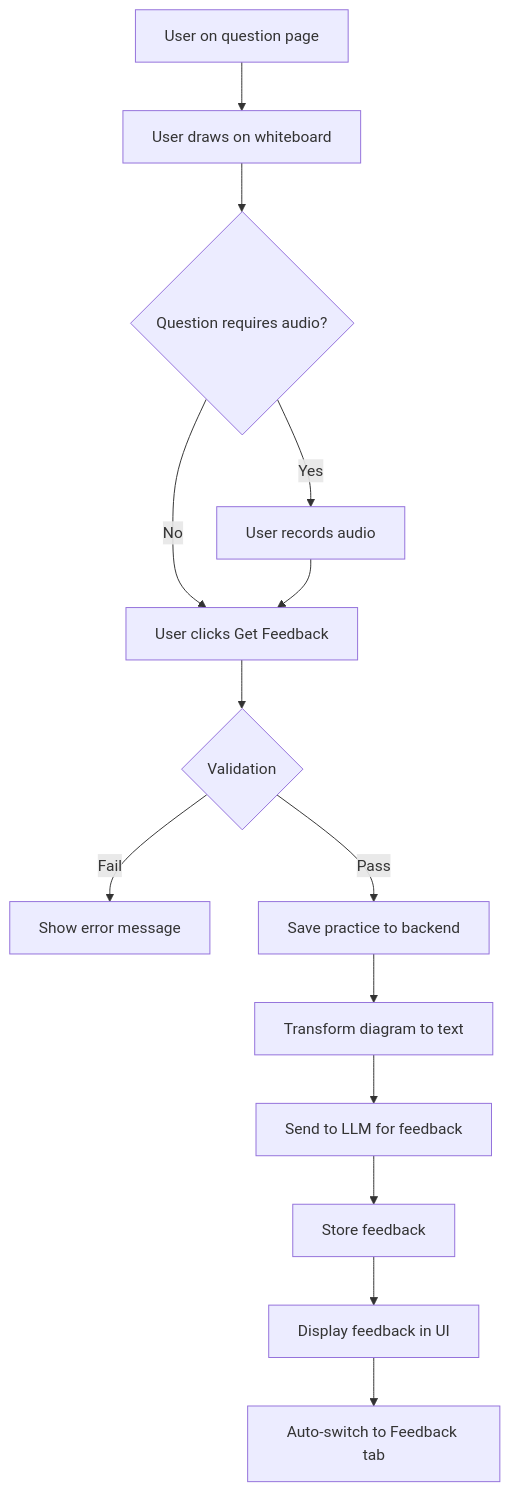
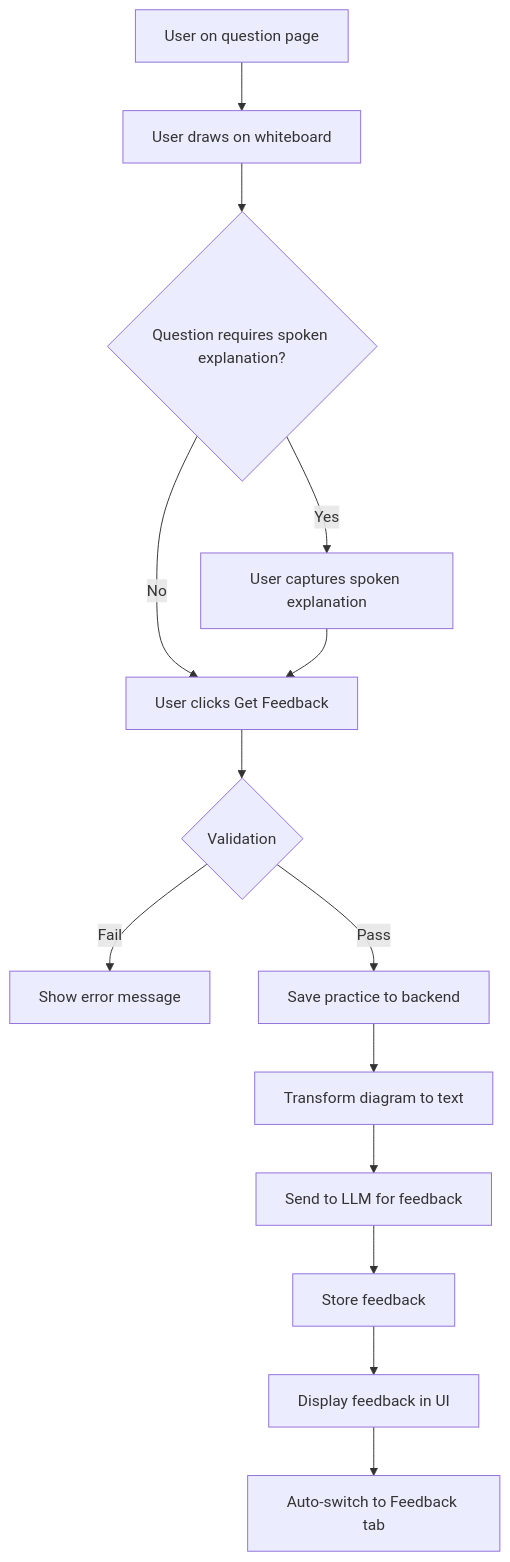
The diagram in 04-ai-feedback-system.md (yhhsieh82/hellointerview-prds), drawn with Mermaid before and after one commit. The commit also changed other lines of this file and 6 other files, not shown here.

Commit message:
Update PRD documentation to reflect changes in audio recording and AI feedback systems, transitioning from audio uploads to spoken explanation transcripts.

````diff
--- a/04-ai-feedback-system.md
+++ b/04-ai-feedback-system.md
@@ -164,16 +165,16 @@
 ```mermaid
 flowchart TD
     Start[User on question page] --> Draw[User draws on whiteboard]
-    Draw --> Check{Question requires audio?}
-    Check -->|Yes| Record[User records audio]
+    Draw --> Check{Question requires spoken explanation?}
+    Check -->|Yes| Capture[User captures spoken explanation]
     Check -->|No| Submit[User clicks Get Feedback]
-    Record --> Submit
+    Capture --> Submit
     Submit --> Validate{Validation}
     Validate -->|Fail| Error[Show error message]
     Validate -->|Pass| Save[Save practice to backend]
     Save --> Transform[Transform diagram to text]
     Transform --> LLM[Send to LLM for feedback]
     LLM --> Store[Store feedback]
     Store --> Display[Display feedback in UI]
     Display --> Switch[Auto-switch to Feedback tab]
 ```
````
